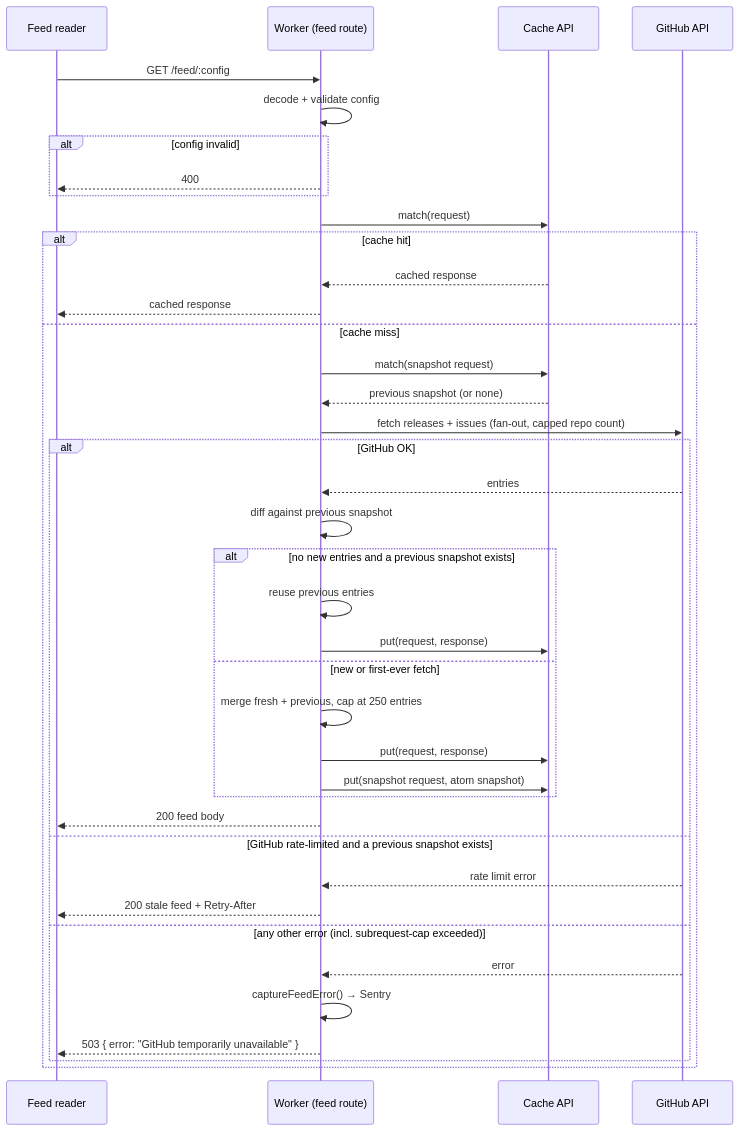
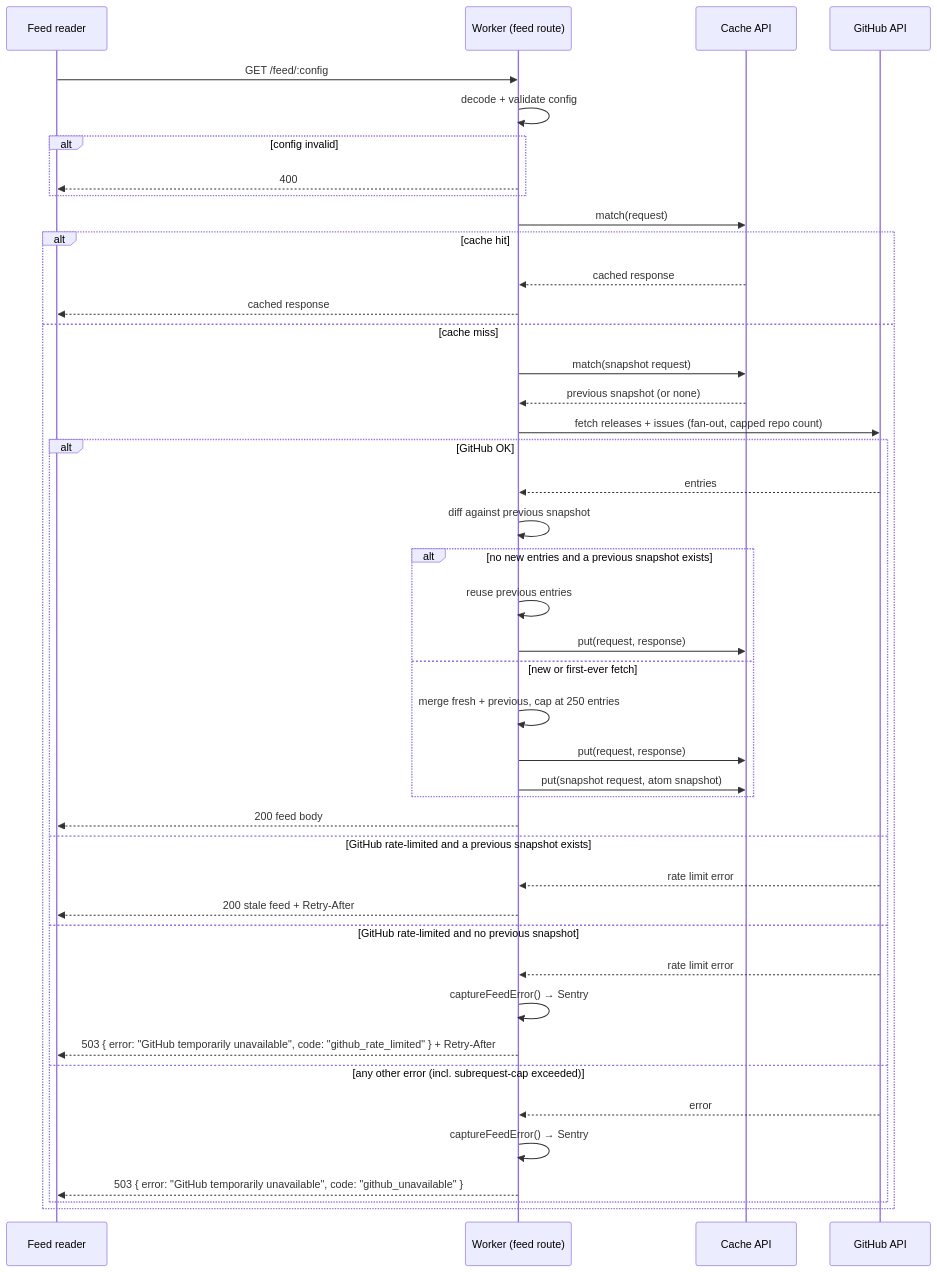
One commit to schalkneethling/ossreleasefeed-v2 changed the second of 5 diagrams in docs/ARCHITECTURE.md. Above: the diagram before and after it, drawn with Mermaid. The commit also changed 2 other files, not shown here.

Commit message:
fix: distinguish feed rate limits

````diff
--- a/docs/ARCHITECTURE.md
+++ b/docs/ARCHITECTURE.md
@@ -61,44 +61,48 @@
 ```mermaid
 sequenceDiagram
     participant R as Feed reader
     participant W as Worker (feed route)
     participant C as Cache API
     participant G as GitHub API
 
     R->>W: GET /feed/:config
     W->>W: decode + validate config
     alt config invalid
         W-->>R: 400
     end
 
     W->>C: match(request)
     alt cache hit
         C-->>W: cached response
         W-->>R: cached response
     else cache miss
         W->>C: match(snapshot request)
         C-->>W: previous snapshot (or none)
 
         W->>G: fetch releases + issues (fan-out, capped repo count)
         alt GitHub OK
             G-->>W: entries
             W->>W: diff against previous snapshot
             alt no new entries and a previous snapshot exists
                 W->>W: reuse previous entries
                 W->>C: put(request, response)
             else new or first-ever fetch
                 W->>W: merge fresh + previous, cap at 250 entries
                 W->>C: put(request, response)
                 W->>C: put(snapshot request, atom snapshot)
             end
             W-->>R: 200 feed body
         else GitHub rate-limited and a previous snapshot exists
             G-->>W: rate limit error
             W-->>R: 200 stale feed + Retry-After
+        else GitHub rate-limited and no previous snapshot
+            G-->>W: rate limit error
+            W->>W: captureFeedError() → Sentry
+            W-->>R: 503 { error: "GitHub temporarily unavailable", code: "github_rate_limited" } + Retry-After
         else any other error (incl. subrequest-cap exceeded)
             G-->>W: error
             W->>W: captureFeedError() → Sentry
-            W-->>R: 503 { error: "GitHub temporarily unavailable" }
+            W-->>R: 503 { error: "GitHub temporarily unavailable", code: "github_unavailable" }
         end
     end
 ```
````
